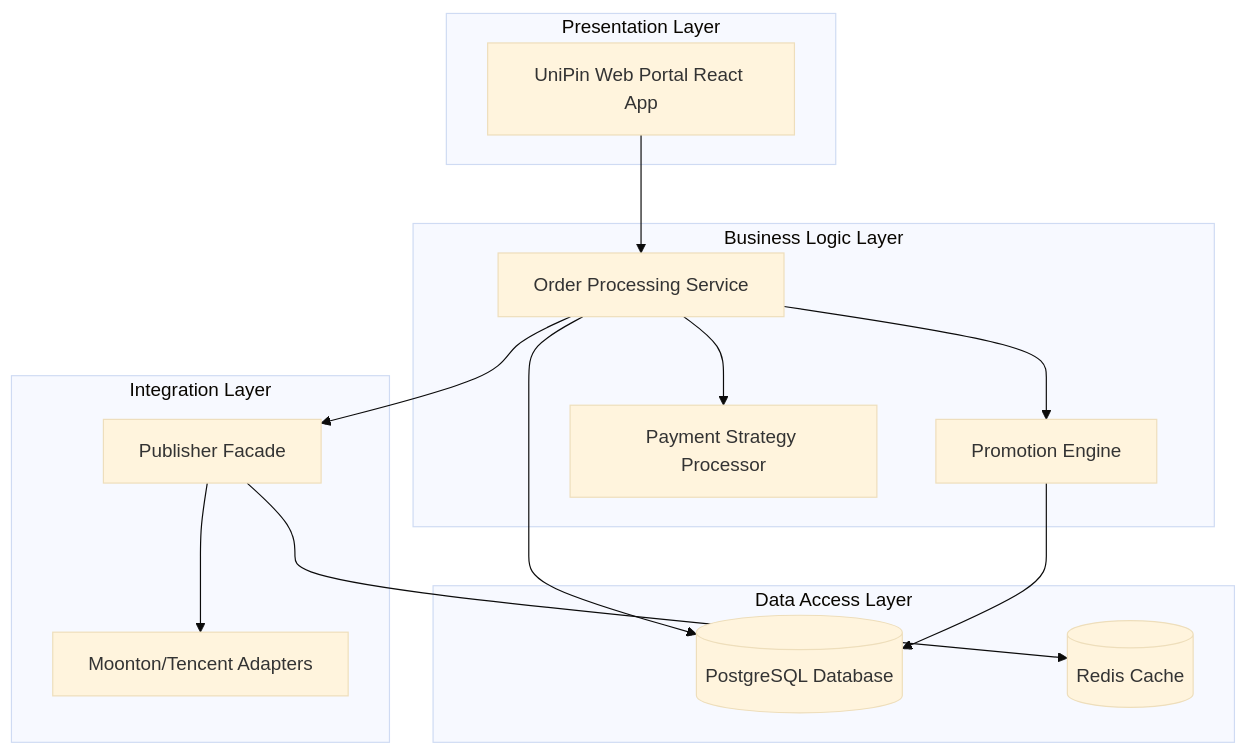
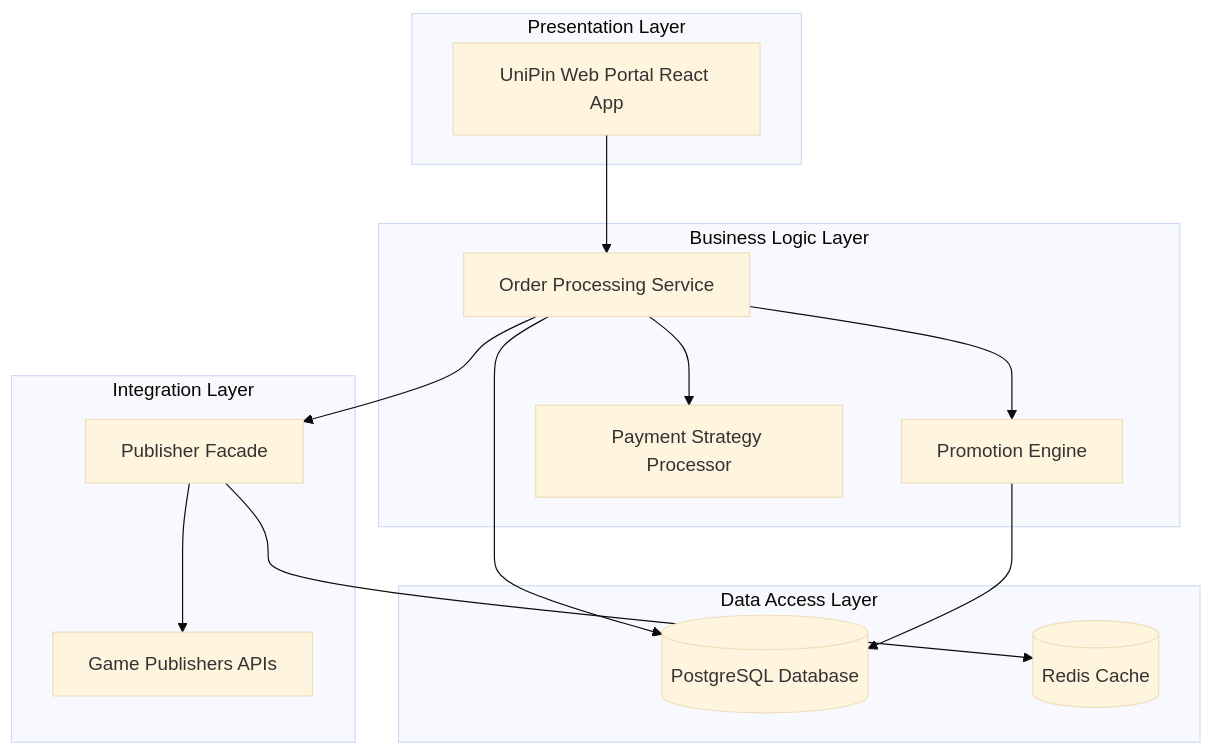
The sixth of 6 diagrams in Final_UniPin_SDD_Submission.md (ROS-RENDO/Unipin-Final), drawn with Mermaid (base theme) before and after one commit. The commit also changed other lines of this file, not shown here.

````diff
--- a/Final_UniPin_SDD_Submission.md
+++ b/Final_UniPin_SDD_Submission.md
@@ -477,32 +443,32 @@
 ```mermaid
 flowchart TD
     subgraph Presentation Layer
         WebPortal[UniPin Web Portal React App]
     end
 
     subgraph Business Logic Layer
         OrderSvc[Order Processing Service]
         PromoSvc[Promotion Engine]
         PaySvc[Payment Strategy Processor]
     end
 
     subgraph Integration Layer
         Facade[Publisher Facade]
-        Adapters[Moonton/Tencent Adapters]
+        GamePubs[Game Publishers APIs]
     end
 
     subgraph Data Access Layer
         DB[(PostgreSQL Database)]
         Redis[(Redis Cache)]
     end
 
     WebPortal --> OrderSvc
     OrderSvc --> PromoSvc
     OrderSvc --> PaySvc
     OrderSvc --> Facade
-    Facade --> Adapters
+    Facade --> GamePubs
     
     OrderSvc --> DB
     PromoSvc --> DB
     Facade --> Redis
 ```
````
